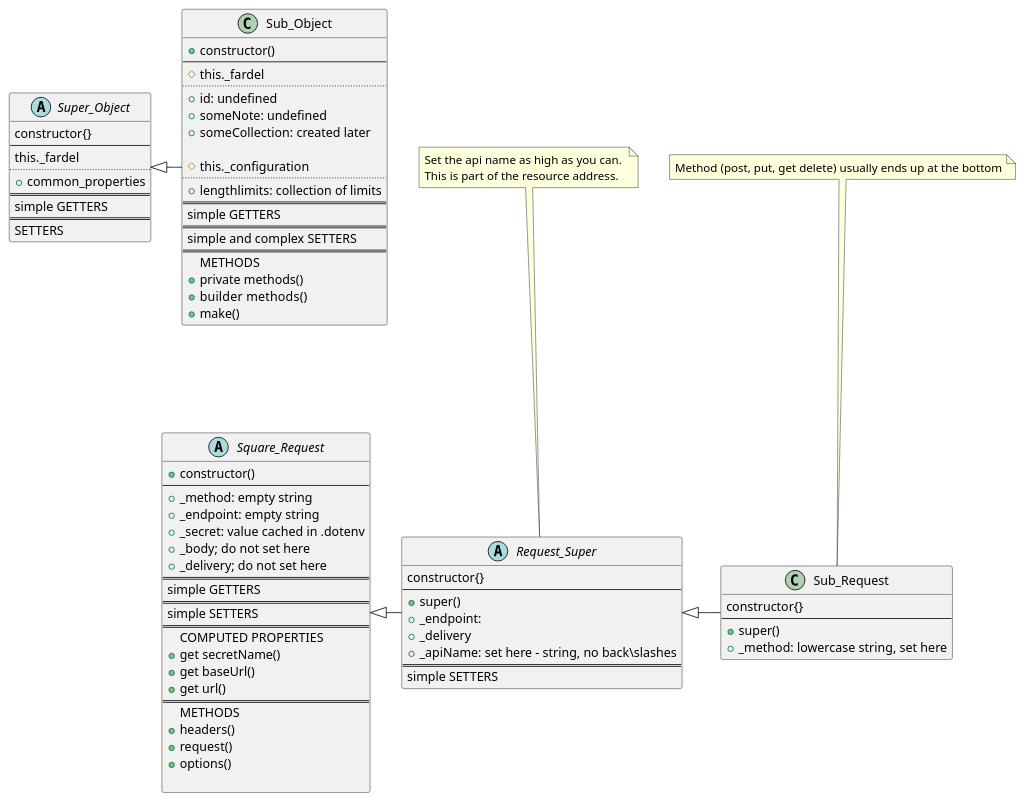
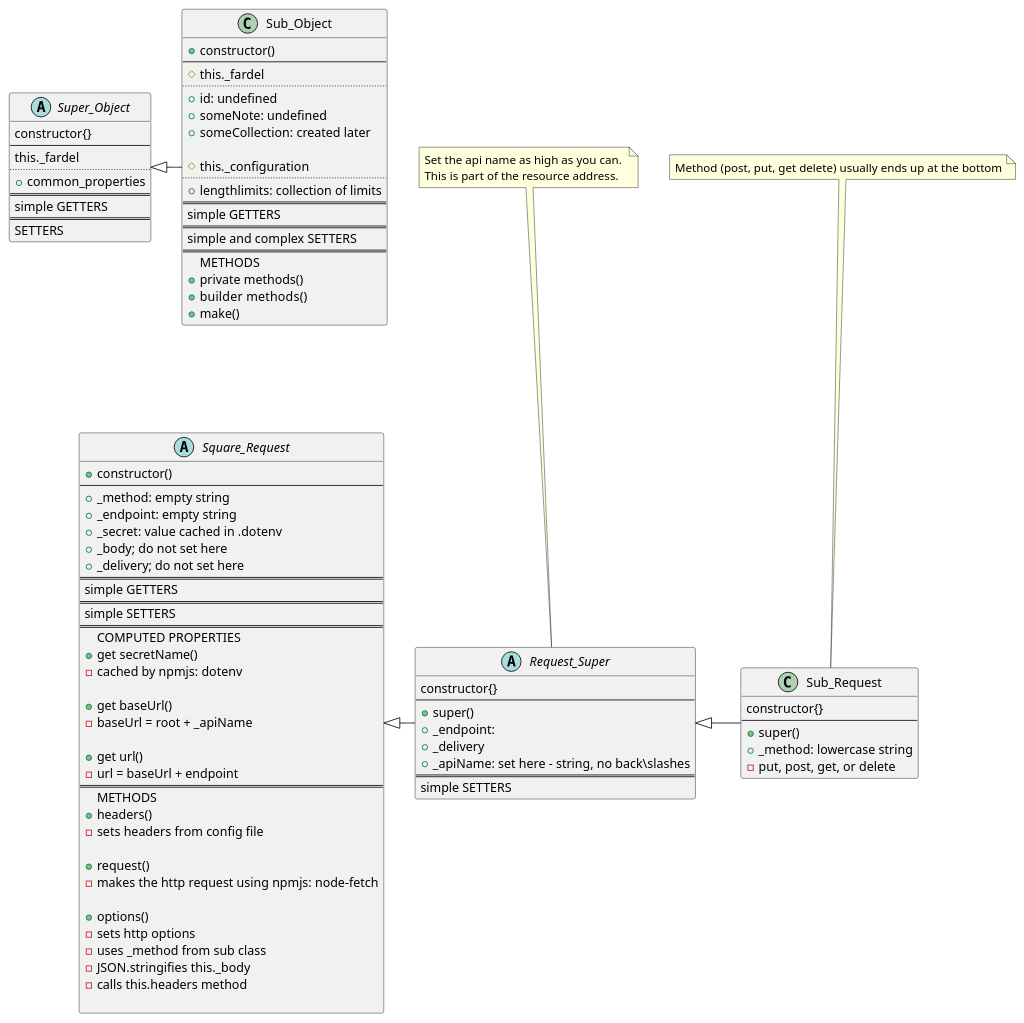
Before and after one commit to TwoFistedJustice/square-pie: the diagram in docs/uml/class_structure_object.puml, drawn with PlantUML.

Commit message:
docs: add detail and formatting

```diff
--- a/docs/uml/class_structure_object.puml
+++ b/docs/uml/class_structure_object.puml
@@ -1,94 +1,108 @@
 @startuml
 'https://plantuml.com/class-diagram'
 
 Super_Object <|- Sub_Object
 
 Request_Super <|-  Sub_Request
 Square_Request <|-  Request_Super
 
 note "Set the api name as high as you can. \nThis is part of the resource address." as N_api
 N_api... Request_Super
 
 note "Method (post, put, get delete) usually ends up at the bottom" as N_method
 N_method... Sub_Request
 
 abstract class Super_Object {
 constructor{}
 --
 this._fardel
 ..
 +common_properties
 ==
 simple GETTERS
 ==
 SETTERS
 }
 class Sub_Object {
 + constructor()
 --
 # this._fardel
 ..
 +id: undefined
 +someNote: undefined
 +someCollection: created later
 
 # this._configuration
 ..
 +lengthlimits: collection of limits
 ==
 simple GETTERS
 ==
 simple and complex SETTERS
 ==
 METHODS
 + private methods()
 + builder  methods()
 + make()
 }
 
 
 abstract class Square_Request {
 + constructor()
 --
 + _method: empty string
 + _endpoint: empty string
 + _secret: value cached in .dotenv
 + _body; do not set here
 + _delivery; do not set here
 ==
 simple GETTERS
 ==
 simple SETTERS
 ==
 COMPUTED PROPERTIES
 + get secretName()
+- cached by npmjs: dotenv
+
 + get baseUrl()
+-  baseUrl = root + _apiName
+
 + get url()
+- url = baseUrl + endpoint
 ==
 METHODS
 + headers()
+- sets headers from config file
+
 + request()
+- makes the http request using npmjs: node-fetch
+
 + options()
+- sets http options
+- uses _method from sub class
+- JSON.stringifies this._body
+- calls this.headers method
 
 }
 abstract class Request_Super {
 constructor{}
 --
 + super()
 + _endpoint:
 + _delivery
 + _apiName: set here - string, no back\slashes
 ==
 simple SETTERS
 }
 class Sub_Request{
 constructor{}
 --
 + super()
-+ _method: lowercase string, set here
++ _method: lowercase string
+ - put, post, get, or delete
 }
 
 
 
 
 @enduml
```
